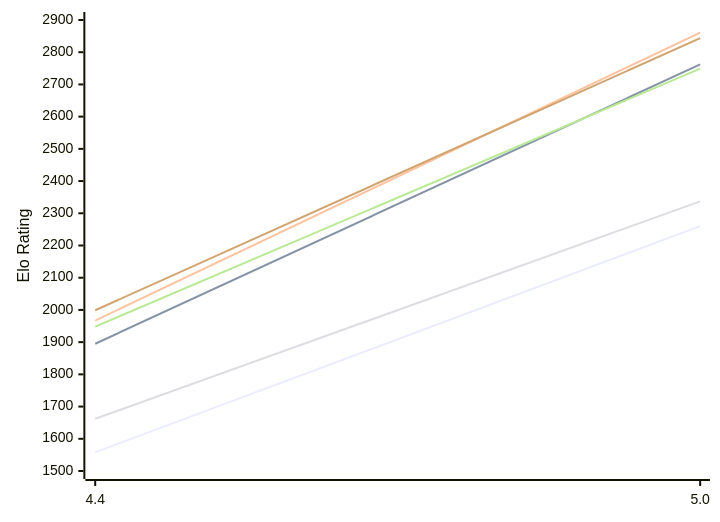
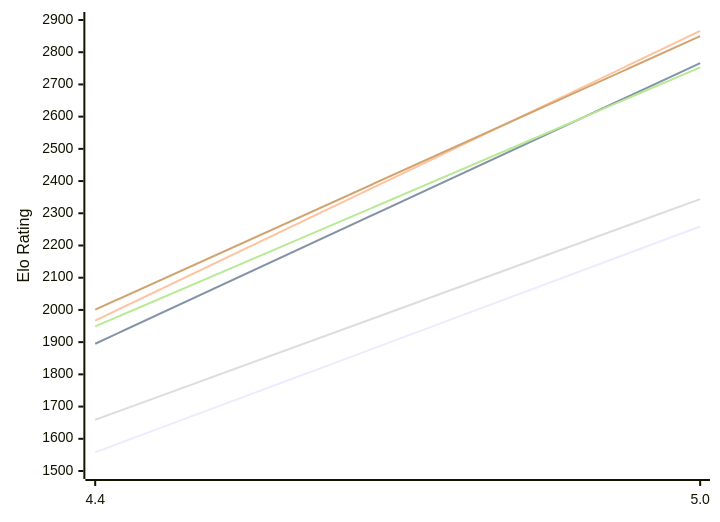
Before and after one commit to computer-chess-index/cci: the first of 2 diagrams in engines/Radiance.md, drawn with Mermaid. The commit also changed other lines of this file, not shown here.

Commit message:
Update CCI Ratings (ELO VLTC) - 2026-11-20

````diff
--- a/engines/Radiance.md
+++ b/engines/Radiance.md
@@ -51,12 +51,12 @@
 ```mermaid
 %%{init: {"theme":"base","themeVariables":{"seriesColors:['#a3a3a3','#222221','#faa371']}}}%%
 xychart-beta
   x-axis ["4.4", "5.0"]
   y-axis "Elo Rating" 1500 --> 2900
-  line "E1: STC (8.0+0.08s)" [1558, 2260]
-  line "E1: LTC (60.0+0.60s)" [1895, 2762]
-  line "E1: VLTC (2m24s+1.12s)" [1967, 2861]
-  line "P1: STC (8.0+0.08s)" [1662, 2337]
-  line "P1: LTC (60.0+0.60s)" [1948, 2749]
-  line "P1: VLTC (2m24s+1.12s)" [1999, 2844]
+  line "E1: STC (8.0+0.08s)" [1558, 2259]
+  line "E1: LTC (60.0+0.60s)" [1895, 2766]
+  line "E1: VLTC (2m24s+1.12s)" [1967, 2866]
+  line "P1: STC (8.0+0.08s)" [1659, 2344]
+  line "P1: LTC (60.0+0.60s)" [1949, 2753]
+  line "P1: VLTC (2m24s+1.12s)" [2001, 2850]
 ```
````
